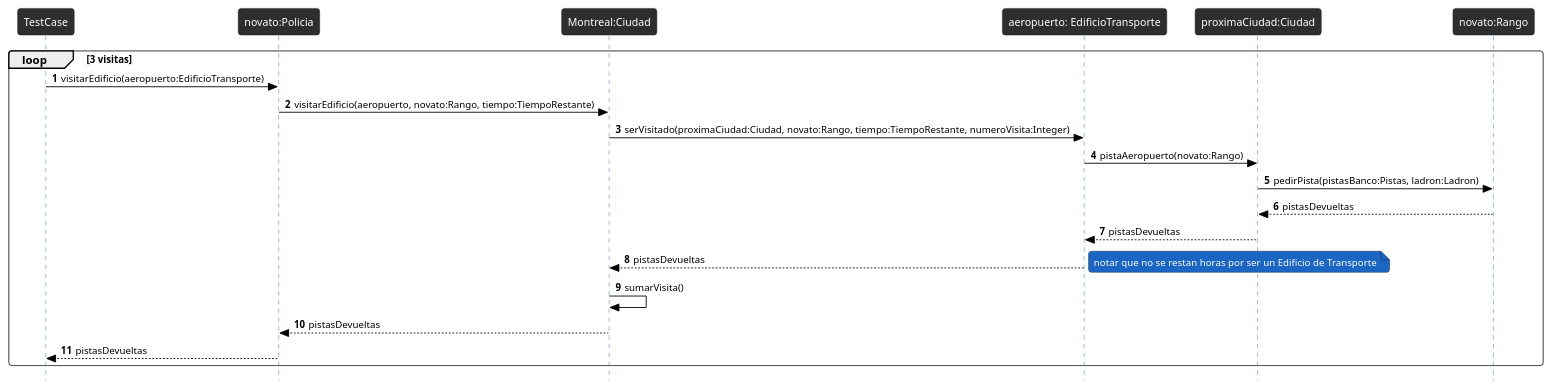
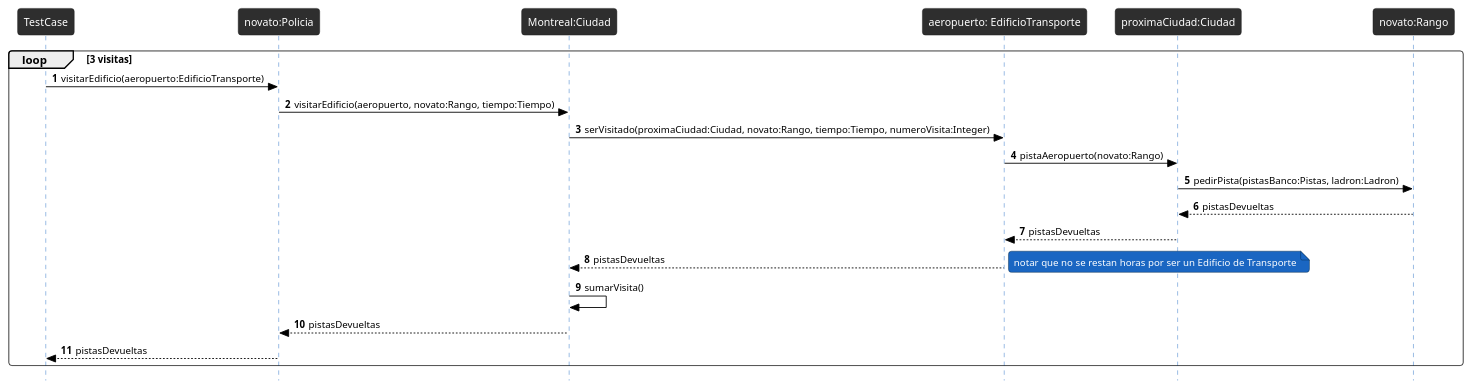
The diagram in docs/Diagramas/Secuencia/caso1-4-1.plantuml (avilagaston9/algo3_tp2), drawn with PlantUML before and after one commit. The commit also changed 7 other files, not shown here.

```diff
--- a/docs/Diagramas/Secuencia/caso1-4-1.plantuml
+++ b/docs/Diagramas/Secuencia/caso1-4-1.plantuml
@@ -1,33 +1,33 @@
 @startuml
 
 !theme reddress-darkblue
 autonumber
 skinparam style strictuml
 skinparam BackGroundColor white
 skinparam RoundCorner 7
 skinparam SequenceGroupFontColor black
 skinparam SequenceGroupBorderColor black
 skinparam SequenceGroupBorderThickness 0.5
 skinparam ArrowFontColor black
 skinparam ArrowColor black
 skinparam ActorFontColor black
 skinparam participantFontSize 12
 skinparam SequenceLifeLineBackGroundColor 2e2e2e
 loop 3 visitas
 TestCase -> "novato:Policia" as policia: visitarEdificio(aeropuerto:EdificioTransporte)
 
-policia -> "Montreal:Ciudad" as montreal : visitarEdificio(aeropuerto, novato:Rango, tiempo:TiempoRestante)
+policia -> "Montreal:Ciudad" as montreal : visitarEdificio(aeropuerto, novato:Rango, tiempo:Tiempo)
 
-montreal ->"aeropuerto: EdificioTransporte" as edificio: serVisitado(proximaCiudad:Ciudad, novato:Rango, tiempo:TiempoRestante, numeroVisita:Integer)
+montreal ->"aeropuerto: EdificioTransporte" as edificio: serVisitado(proximaCiudad:Ciudad, novato:Rango, tiempo:Tiempo, numeroVisita:Integer)
 edificio -> "proximaCiudad:Ciudad" as proximaCiudad : pistaAeropuerto(novato:Rango)
 proximaCiudad -> "novato:Rango" as rango : pedirPista(pistasBanco:Pistas, ladron:Ladron)
 rango --> proximaCiudad: pistasDevueltas
 proximaCiudad -->edificio : pistasDevueltas
 montreal <-- edificio: pistasDevueltas
 note right: notar que no se restan horas por ser un Edificio de Transporte
 montreal -> montreal : sumarVisita()
 policia <-- montreal: pistasDevueltas
 policia --> TestCase: pistasDevueltas
 end
 
 @enduml
```
